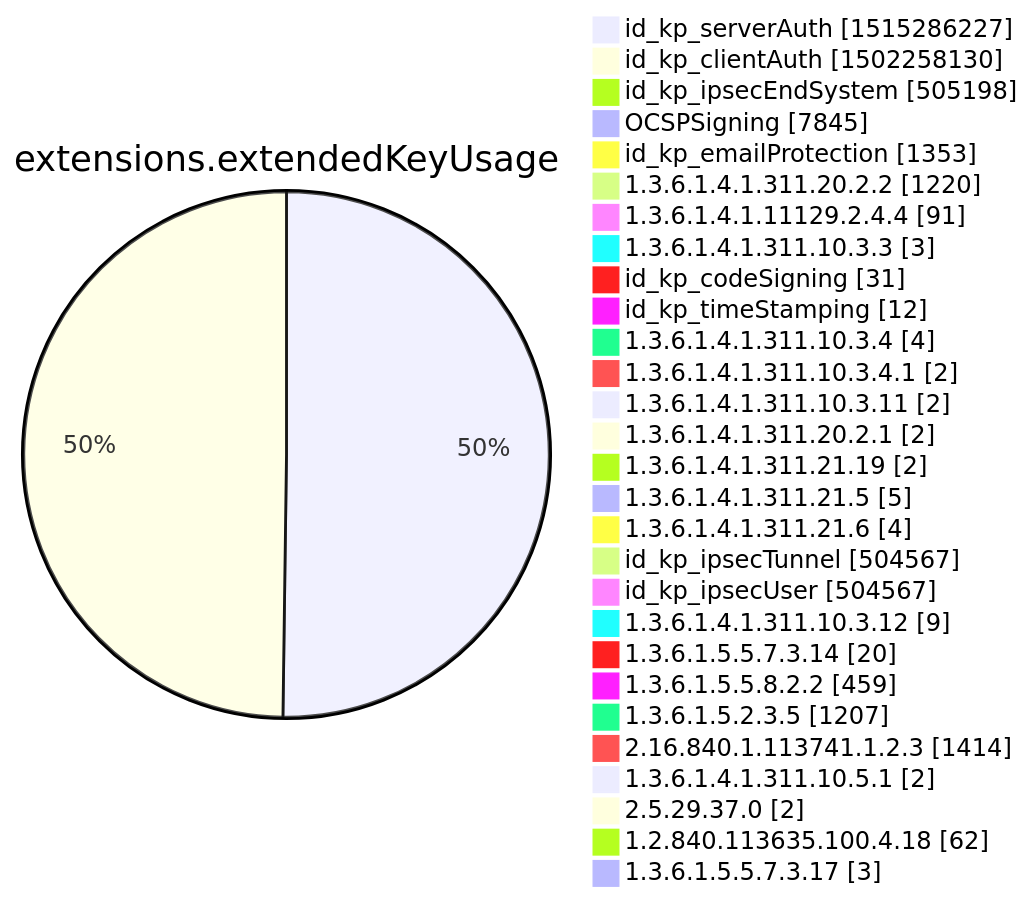
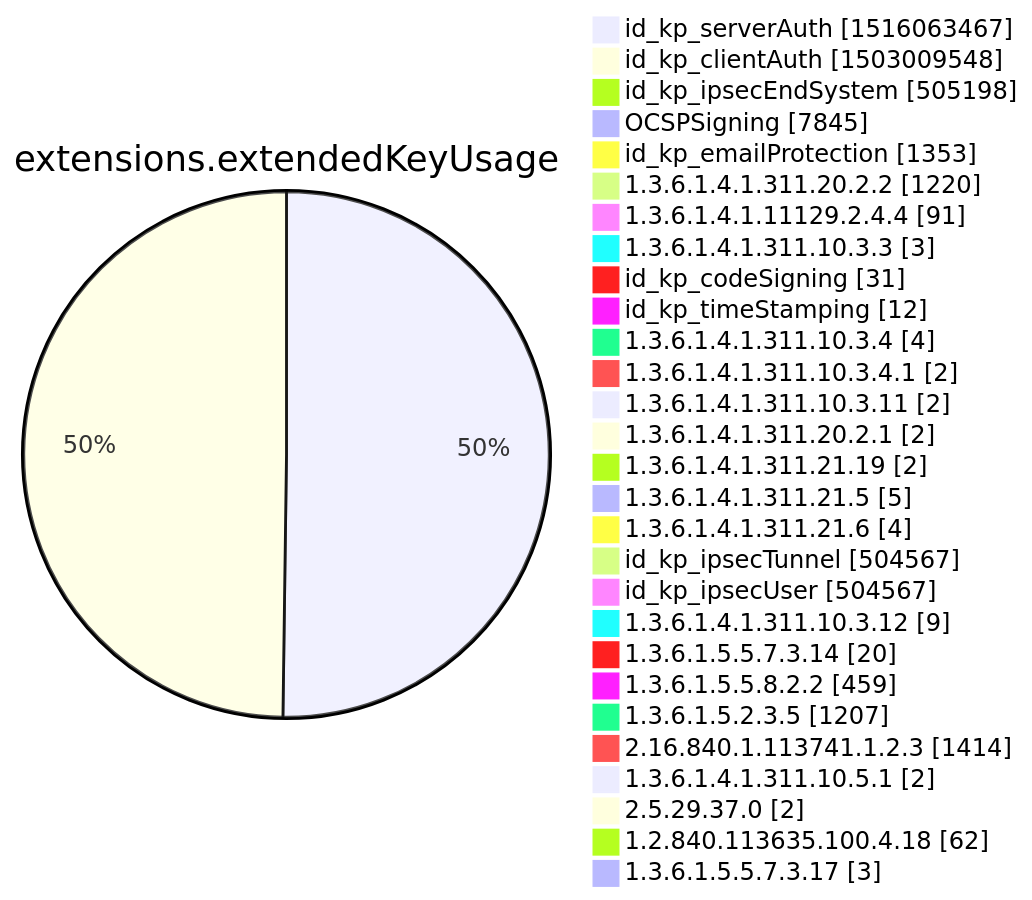
Before and after one commit to christiankrug/ctmonitor_visualization: diagram 12 of 15 in xenon2022/README.md, drawn with Mermaid. The commit also changed other lines of this file, not shown here.

````diff
--- a/xenon2022/README.md
+++ b/xenon2022/README.md
@@ -3877,32 +3877,32 @@
 ```mermaid
 pie showData
 title extensions.extendedKeyUsage
-"id_kp_serverAuth" :1515286227
-"id_kp_clientAuth" :1502258130
+"id_kp_serverAuth" :1516063467
+"id_kp_clientAuth" :1503009548
 "id_kp_ipsecEndSystem" :505198
 "OCSPSigning" :7845
 "id_kp_emailProtection" :1353
 "1.3.6.1.4.1.311.20.2.2" :1220
 "1.3.6.1.4.1.11129.2.4.4" :91
 "1.3.6.1.4.1.311.10.3.3" :3
 "id_kp_codeSigning" :31
 "id_kp_timeStamping" :12
 "1.3.6.1.4.1.311.10.3.4" :4
 "1.3.6.1.4.1.311.10.3.4.1" :2
 "1.3.6.1.4.1.311.10.3.11" :2
 "1.3.6.1.4.1.311.20.2.1" :2
 "1.3.6.1.4.1.311.21.19" :2
 "1.3.6.1.4.1.311.21.5" :5
 "1.3.6.1.4.1.311.21.6" :4
 "id_kp_ipsecTunnel" :504567
 "id_kp_ipsecUser" :504567
 "1.3.6.1.4.1.311.10.3.12" :9
 "1.3.6.1.5.5.7.3.14" :20
 "1.3.6.1.5.5.8.2.2" :459
 "1.3.6.1.5.2.3.5" :1207
 "2.16.840.1.113741.1.2.3" :1414
 "1.3.6.1.4.1.311.10.5.1" :2
 "2.5.29.37.0" :2
 "1.2.840.113635.100.4.18" :62
 "1.3.6.1.5.5.7.3.17" :3
 ```
````
